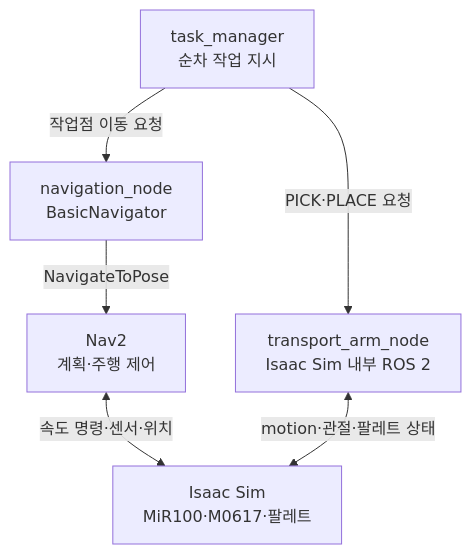
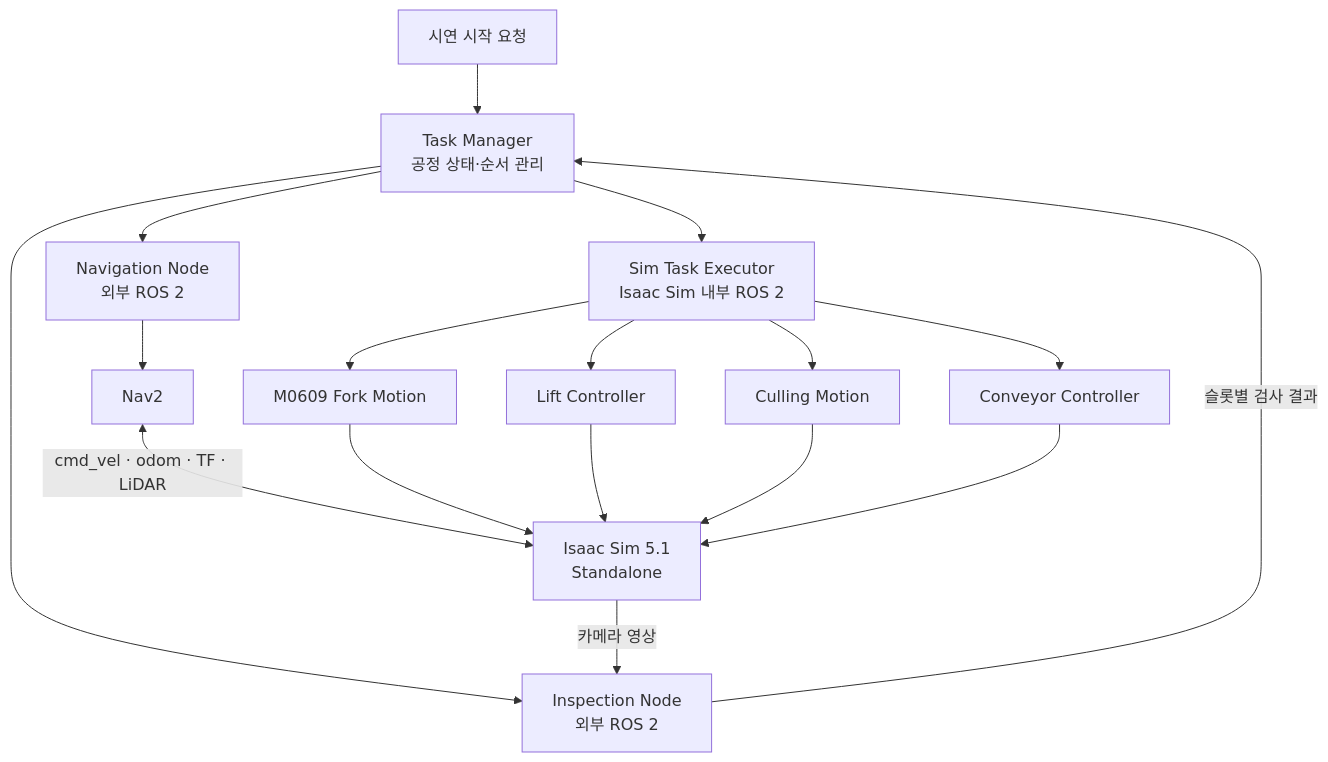
The diagram in docs/01-architecture.md (shbong06-sketch/ROKEY_P3_A1), drawn with Mermaid before and after one commit. The commit also changed other lines of this file and 3 other files, not shown here.

Commit message:
feat: task_manager's interfaces

````diff
--- a/docs/01-architecture.md
+++ b/docs/01-architecture.md
@@ -28,8 +64,24 @@
 ```mermaid
 flowchart TB
-    TM["task_manager<br>순차 작업 지시"] -->|"작업점 이동 요청"| NAV["navigation_node<br>BasicNavigator"]
-    TM -->|"PICK·PLACE 요청"| ARM["transport_arm_node<br>Isaac Sim 내부 ROS 2"]
-    NAV -->|"NavigateToPose"| NAV2["Nav2<br>계획·주행 제어"]
-    NAV2 <-->|"속도 명령·센서·위치"| SIM["Isaac Sim<br>MiR100·M0617·팔레트"]
-    ARM <-->|"motion·관절·팔레트 상태"| SIM
+    UI["시연 시작 요청"] --> TM["Task Manager
+공정 상태·순서 관리"]
+    TM --> NAV["Navigation Node
+외부 ROS 2"]
+    NAV --> NAV2["Nav2"]
+    NAV2 <-->|"cmd_vel · odom · TF · LiDAR"| SIM["Isaac Sim 5.1
+Standalone"]
+    TM --> INS["Inspection Node
+외부 ROS 2"]
+    SIM -->|"카메라 영상"| INS
+    INS -->|"슬롯별 검사 결과"| TM
+    TM --> EXEC["Sim Task Executor
+Isaac Sim 내부 ROS 2"]
+    EXEC --> ARM["M0609 Fork Motion"]
+    EXEC --> LIFT["Lift Controller"]
+    EXEC --> CULL["Culling Motion"]
+    EXEC --> CONV["Conveyor Controller"]
+    ARM --> SIM
+    LIFT --> SIM
+    CULL --> SIM
+    CONV --> SIM
 ```
````
